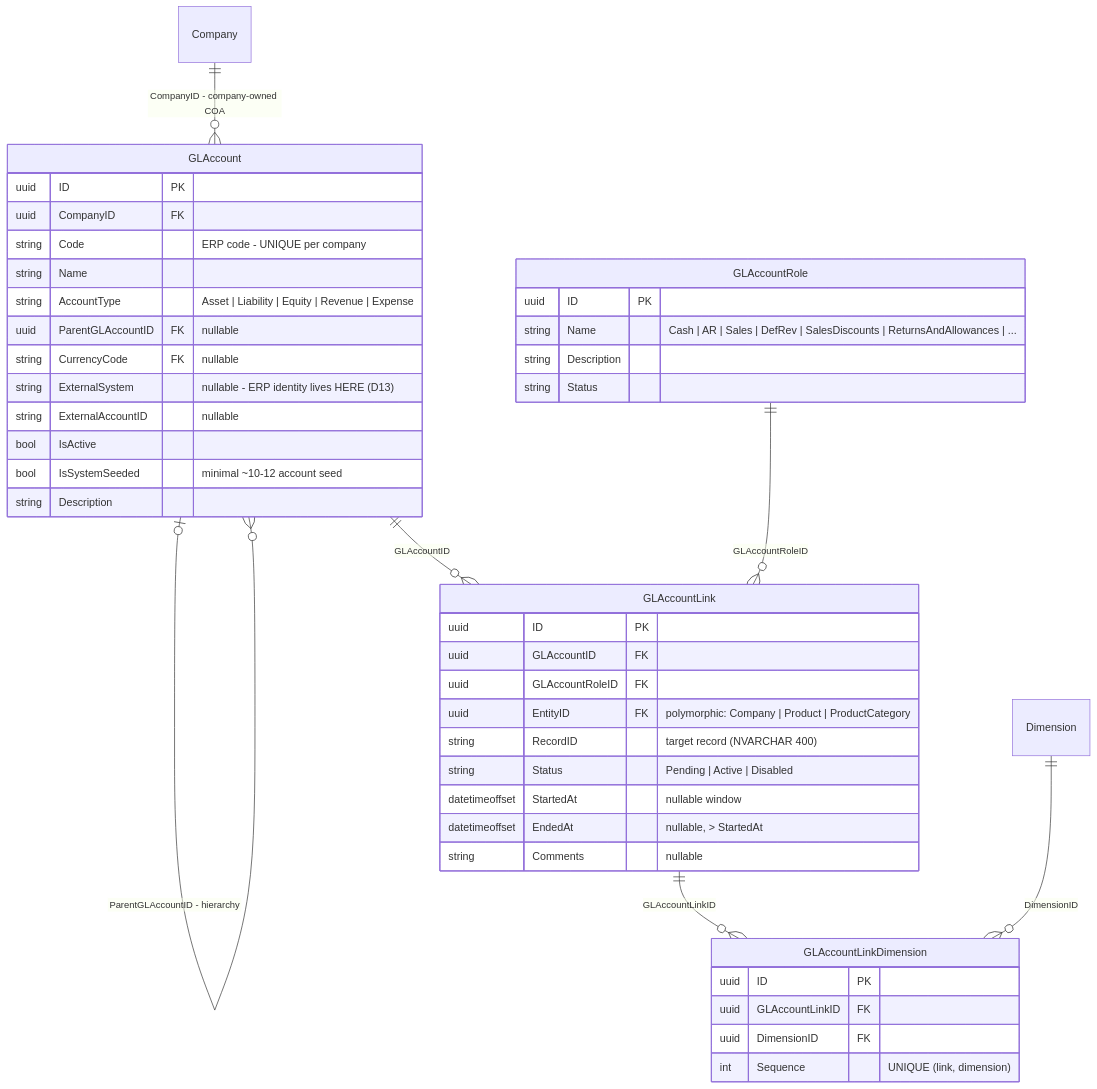
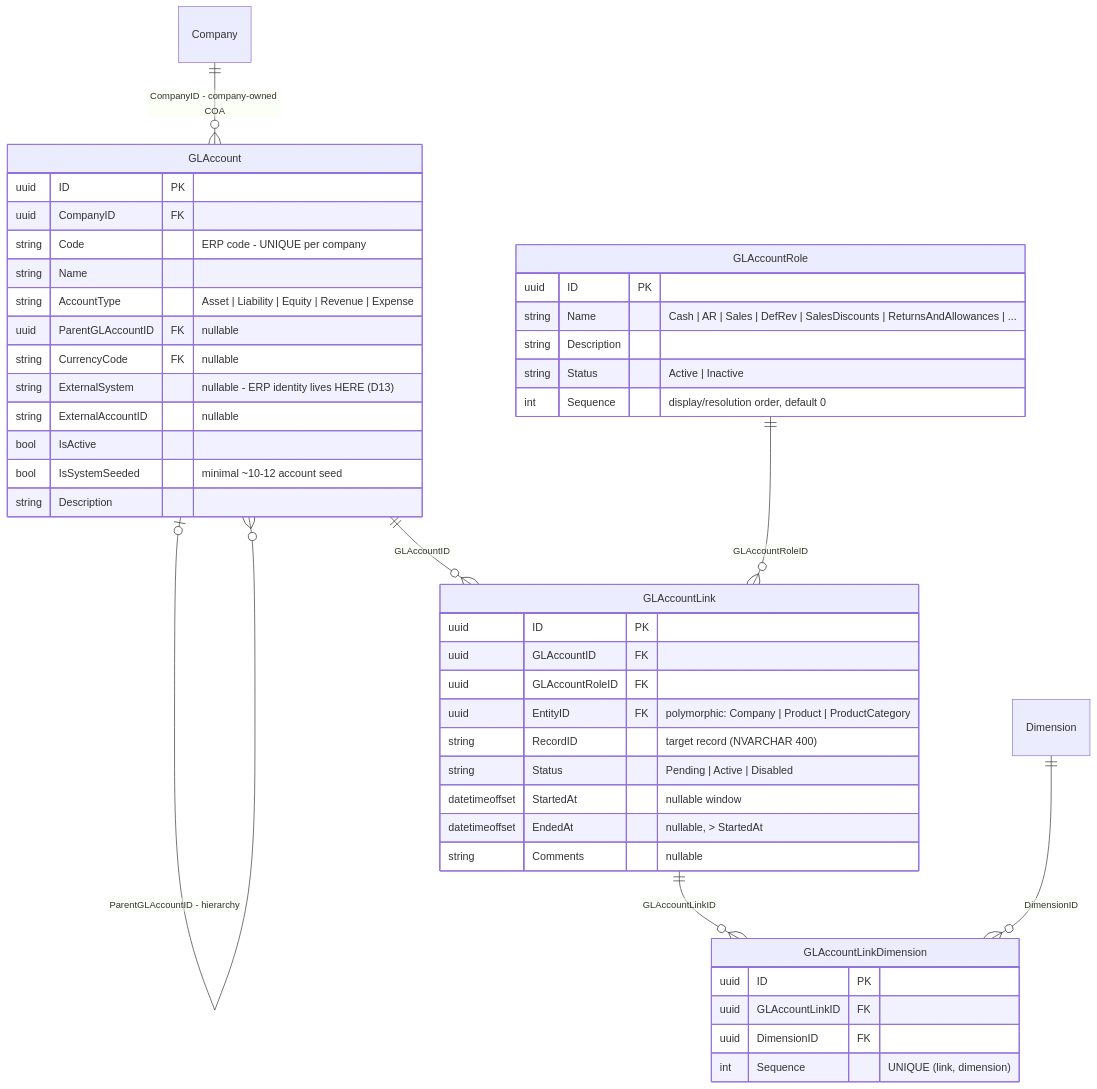
One commit to MemberJunction/bizapps-accounting changed the fourth of 12 diagrams in docs/bizapps-accounting-erd.md. Above: the diagram before and after it, drawn with Mermaid. The commit also changed other lines of this file and 1 other file, not shown here.

````diff
--- a/docs/bizapps-accounting-erd.md
+++ b/docs/bizapps-accounting-erd.md
@@ -479,47 +498,48 @@
 ```mermaid
 erDiagram
     Company ||--o{ GLAccount : "CompanyID - company-owned COA"
     GLAccount |o--o{ GLAccount : "ParentGLAccountID - hierarchy"
     GLAccount ||--o{ GLAccountLink : "GLAccountID"
     GLAccountRole ||--o{ GLAccountLink : "GLAccountRoleID"
     GLAccountLink ||--o{ GLAccountLinkDimension : "GLAccountLinkID"
     Dimension ||--o{ GLAccountLinkDimension : "DimensionID"
 
     GLAccount {
         uuid ID PK
         uuid CompanyID FK
         string Code "ERP code - UNIQUE per company"
         string Name
         string AccountType "Asset | Liability | Equity | Revenue | Expense"
         uuid ParentGLAccountID FK "nullable"
         string CurrencyCode FK "nullable"
         string ExternalSystem "nullable - ERP identity lives HERE (D13)"
         string ExternalAccountID "nullable"
         bool IsActive
         bool IsSystemSeeded "minimal ~10-12 account seed"
         string Description
     }
     GLAccountRole {
         uuid ID PK
         string Name "Cash | AR | Sales | DefRev | SalesDiscounts | ReturnsAndAllowances | ..."
         string Description
-        string Status
+        string Status "Active | Inactive"
+        int Sequence "display/resolution order, default 0"
     }
     GLAccountLink {
         uuid ID PK
         uuid GLAccountID FK
         uuid GLAccountRoleID FK
         uuid EntityID FK "polymorphic: Company | Product | ProductCategory"
         string RecordID "target record (NVARCHAR 400)"
         string Status "Pending | Active | Disabled"
         datetimeoffset StartedAt "nullable window"
         datetimeoffset EndedAt "nullable, > StartedAt"
         string Comments "nullable"
     }
     GLAccountLinkDimension {
         uuid ID PK
         uuid GLAccountLinkID FK
         uuid DimensionID FK
         int Sequence "UNIQUE (link, dimension)"
     }
 ```
````
